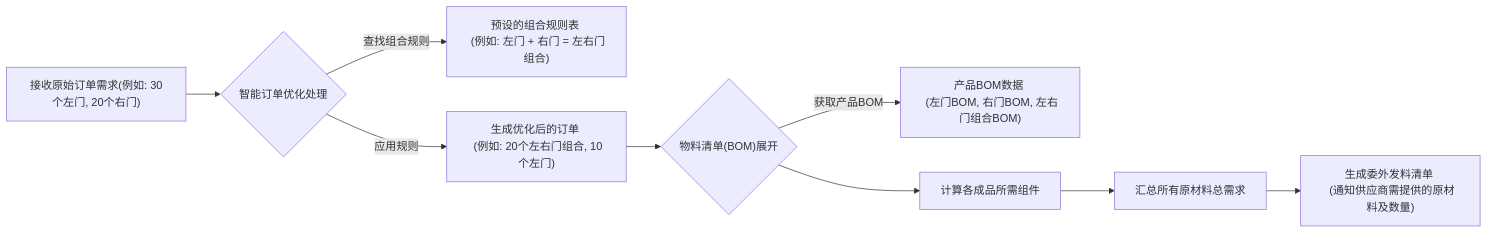
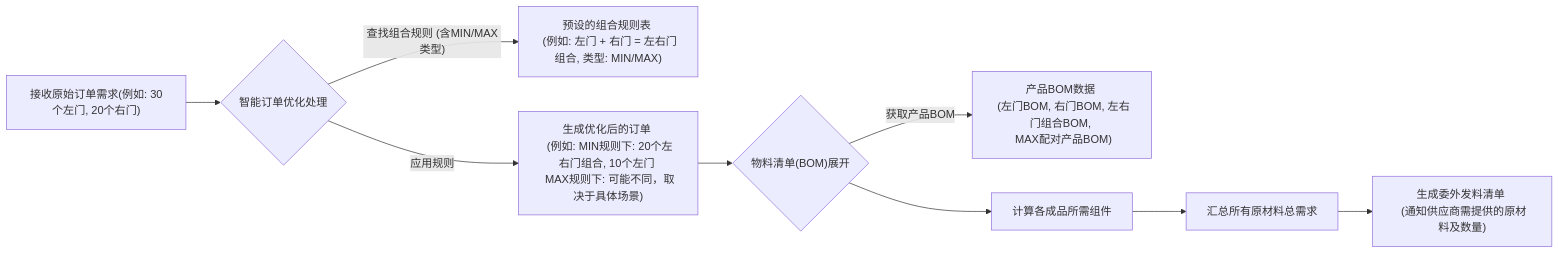
The diagram in readme.md (Ericfeng84/subcontracting), drawn with Mermaid before and after one commit. The commit also changed other lines of this file, not shown here.

````diff
--- a/readme.md
+++ b/readme.md
@@ -18,11 +17,11 @@
 ```mermaid
 graph LR
     A["接收原始订单需求(例如: 30个左门, 20个右门)"] --> B{"智能订单优化处理"};
-    B -- "查找组合规则" --> C["预设的组合规则表 <br/> (例如: 左门 + 右门 = 左右门组合)"];
-    B -- "应用规则" --> D["生成优化后的订单 <br/> (例如: 20个左右门组合, 10个左门)"];
+    B -- "查找组合规则 (含MIN/MAX类型)" --> C["预设的组合规则表 <br/> (例如: 左门 + 右门 = 左右门组合, 类型: MIN/MAX)"];
+    B -- "应用规则" --> D["生成优化后的订单 <br/> (例如: MIN规则下: 20个左右门组合, 10个左门 <br/> MAX规则下: 可能不同，取决于具体场景)"];
     D --> E{"物料清单(BOM)展开"};
-    E -- "获取产品BOM" --> F["产品BOM数据 <br/> (左门BOM, 右门BOM, 左右门组合BOM)"];
+    E -- "获取产品BOM" --> F["产品BOM数据 <br/> (左门BOM, 右门BOM, 左右门组合BOM, <br/> MAX配对产品BOM)"];
     E --> G["计算各成品所需组件"];
     G --> H["汇总所有原材料总需求"];
     H --> I["生成委外发料清单 <br/> (通知供应商需提供的原材料及数量)"];
 ```
````
